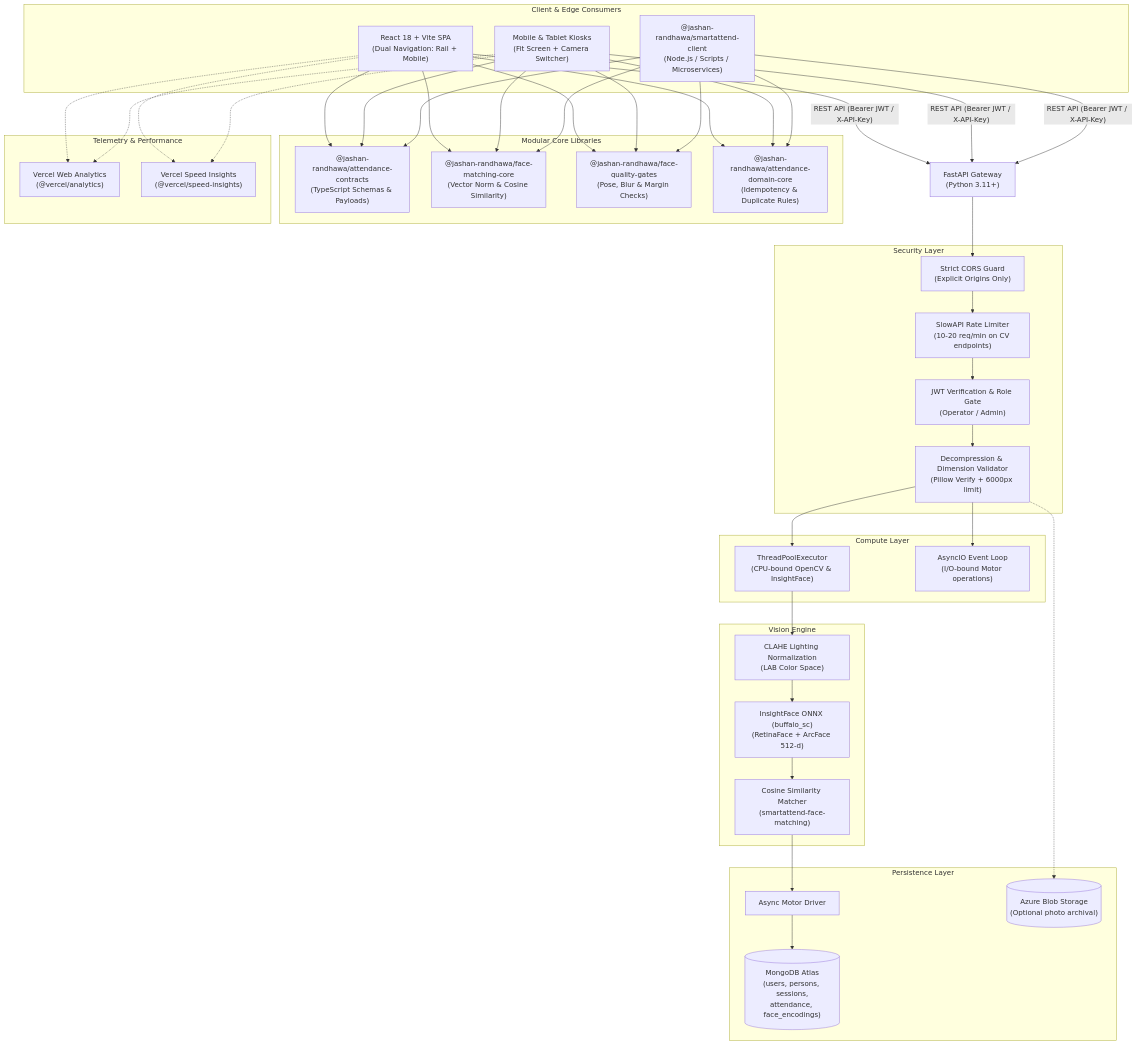
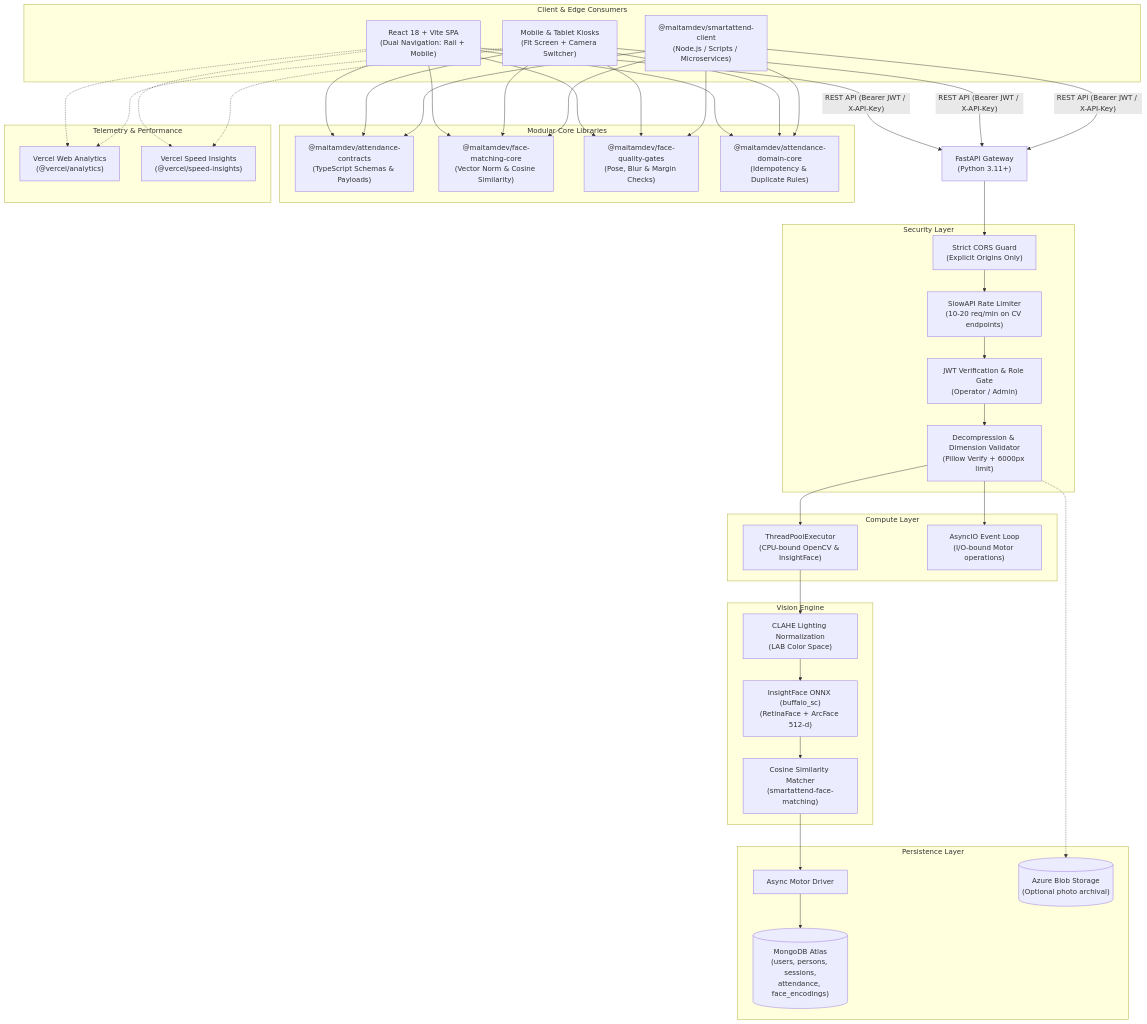
One commit to maitamdev/eduface-system changed the diagram in wiki/System-Architecture.md. Above: the diagram before and after it, drawn with Mermaid. The commit also changed other lines of this file and 31 other files, not shown here.

````diff
--- a/wiki/System-Architecture.md
+++ b/wiki/System-Architecture.md
@@ -9,64 +9,64 @@
 ```mermaid
 flowchart TD
     subgraph Client & Edge Consumers
         Web["React 18 + Vite SPA\n(Dual Navigation: Rail + Mobile)"]
         Mobile["Mobile & Tablet Kiosks\n(Fit Screen + Camera Switcher)"]
-        SDK["@jashan-randhawa/smartattend-client\n(Node.js / Scripts / Microservices)"]
+        SDK["@maitamdev/smartattend-client\n(Node.js / Scripts / Microservices)"]
     end
 
     subgraph Modular Core Libraries
-        Contracts["@jashan-randhawa/attendance-contracts\n(TypeScript Schemas & Payloads)"]
-        MatchingCore["@jashan-randhawa/face-matching-core\n(Vector Norm & Cosine Similarity)"]
-        QualityCore["@jashan-randhawa/face-quality-gates\n(Pose, Blur & Margin Checks)"]
-        DomainCore["@jashan-randhawa/attendance-domain-core\n(Idempotency & Duplicate Rules)"]
+        Contracts["@maitamdev/attendance-contracts\n(TypeScript Schemas & Payloads)"]
+        MatchingCore["@maitamdev/face-matching-core\n(Vector Norm & Cosine Similarity)"]
+        QualityCore["@maitamdev/face-quality-gates\n(Pose, Blur & Margin Checks)"]
+        DomainCore["@maitamdev/attendance-domain-core\n(Idempotency & Duplicate Rules)"]
     end
 
     Web & Mobile & SDK --> Contracts
     Web & Mobile & SDK --> QualityCore
     Web & Mobile & SDK --> MatchingCore
     Web & Mobile & SDK --> DomainCore
 
     Web & Mobile & SDK -- "REST API (Bearer JWT / X-API-Key)" --> Gateway["FastAPI Gateway\n(Python 3.11+)"]
 
     subgraph Security Layer
         CORS["Strict CORS Guard\n(Explicit Origins Only)"]
         SlowAPI["SlowAPI Rate Limiter\n(10-20 req/min on CV endpoints)"]
         RBAC["JWT Verification & Role Gate\n(Operator / Admin)"]
         Validation["Decompression & Dimension Validator\n(Pillow Verify + 6000px limit)"]
     end
 
     Gateway --> CORS --> SlowAPI --> RBAC --> Validation
 
     subgraph Compute Layer
         ThreadPool["ThreadPoolExecutor\n(CPU-bound OpenCV & InsightFace)"]
         EventLoop["AsyncIO Event Loop\n(I/O-bound Motor operations)"]
     end
 
     Validation --> ThreadPool
     Validation --> EventLoop
 
     subgraph Vision Engine
         CLAHE["CLAHE Lighting Normalization\n(LAB Color Space)"]
         InsightFace["InsightFace ONNX (buffalo_sc)\n(RetinaFace + ArcFace 512-d)"]
         Sim["Cosine Similarity Matcher\n(smartattend-face-matching)"]
     end
 
     ThreadPool --> CLAHE --> InsightFace --> Sim
 
     subgraph Persistence Layer
         Motor["Async Motor Driver"]
         MongoDB[("MongoDB Atlas\n(users, persons, sessions,\nattendance, face_encodings)")]
         AzureBlob[("Azure Blob Storage\n(Optional photo archival)")]
     end
 
     Sim --> Motor --> MongoDB
     Validation -.-> AzureBlob
 
     subgraph Telemetry & Performance
         VercelAnalytics["Vercel Web Analytics\n(@vercel/analytics)"]
         VercelSpeed["Vercel Speed Insights\n(@vercel/speed-insights)"]
     end
 
     Web & Mobile -.-> VercelAnalytics
     Web & Mobile -.-> VercelSpeed
 ```
````
